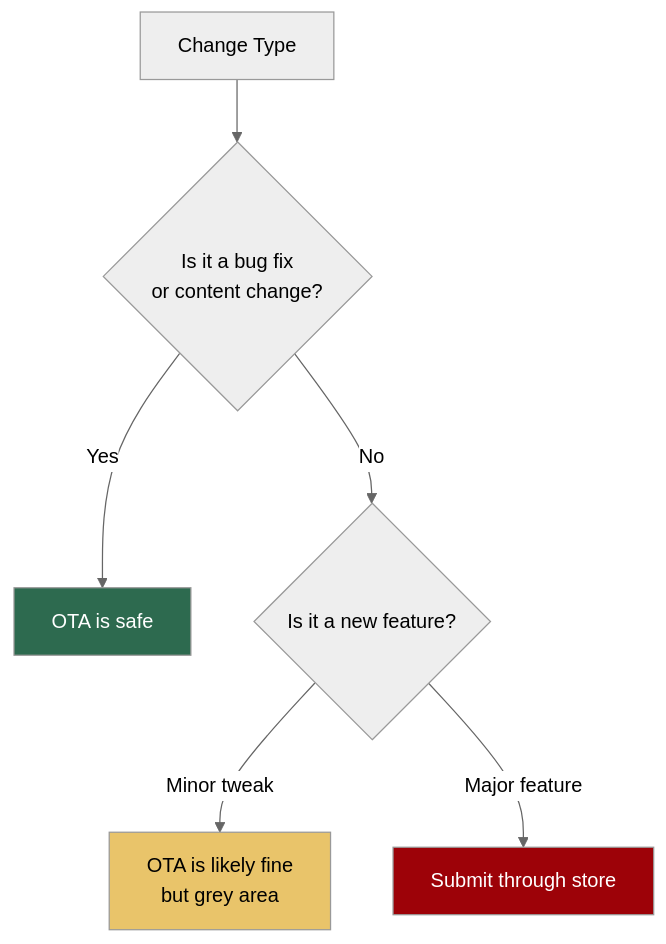
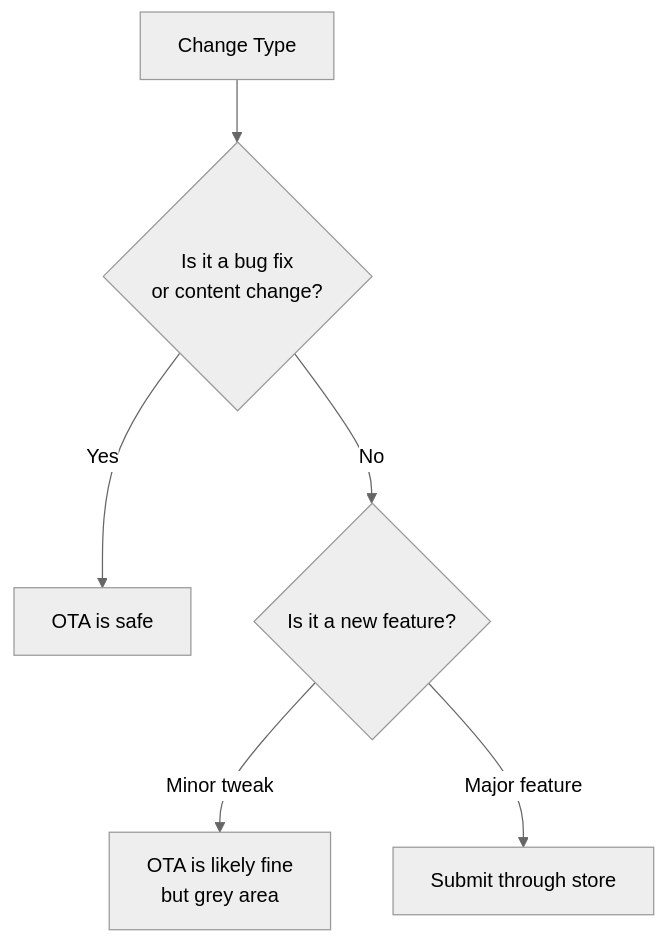
The ninth of 9 diagrams in arguments/chapters/rn-19-ota-updates.md (BabaScience/react-guides), drawn with Mermaid (neutral theme) before and after one commit. The commit also changed other lines of this file and 63 other files, not shown here.

First line of the commit message:
Enrich React Native roadmap with deeper content, visuals, and FR/IT translations

````diff
--- a/arguments/chapters/rn-19-ota-updates.md
+++ b/arguments/chapters/rn-19-ota-updates.md
@@ -373,12 +502,8 @@
 ```mermaid
 graph TD
     A[Change Type] --> B{Is it a bug fix<br/>or content change?}
     B -->|Yes| C[OTA is safe]
     B -->|No| D{Is it a new feature?}
     D -->|Minor tweak| E[OTA is likely fine<br/>but grey area]
     D -->|Major feature| F[Submit through store]
-
-    style C fill:#2d6a4f,color:#fff
-    style E fill:#e9c46a,color:#000
-    style F fill:#9d0208,color:#fff
 ```
````
